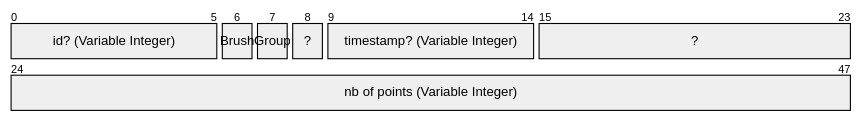
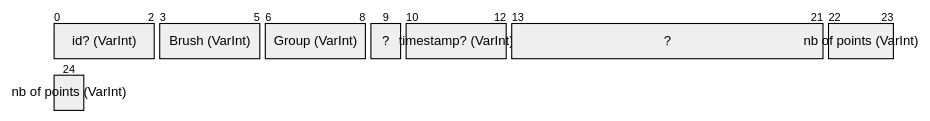
The seventh of 8 diagrams in README.md (AquaBx/msink-reader), drawn with Mermaid before and after one commit. The commit also changed other lines of this file and 1 other file, not shown here.

````diff
--- a/README.md
+++ b/README.md
@@ -102,11 +93,11 @@
 ```mermaid
 %%{init: { "packet": { "bitsPerRow": 24 } }}%%
 packet
-+6: "id? (Variable Integer)"
-+1: "Brush"
-+1: "Group"
++3: "id? (VarInt)"
++3: "Brush (VarInt)"
++3: "Group (VarInt)"
 +1: "?"
-+6: "timestamp? (Variable Integer)"
++3: "timestamp? (VarInt)"
 +9: "?"
-+24: "nb of points (Variable Integer)"
++3: "nb of points (VarInt)"
 ```
````
